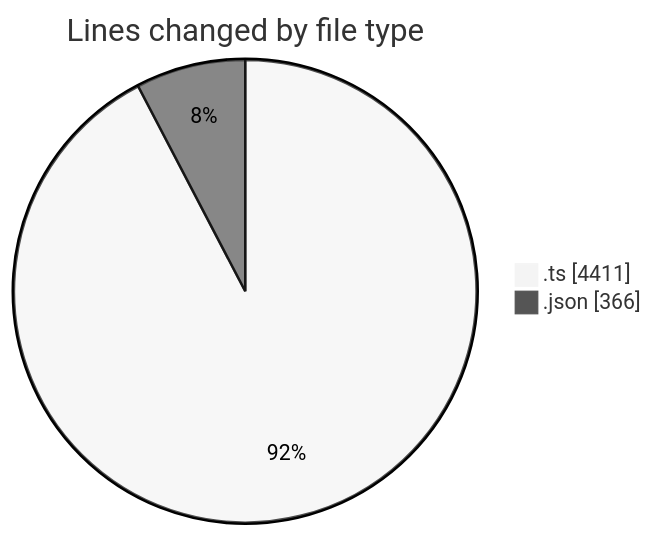
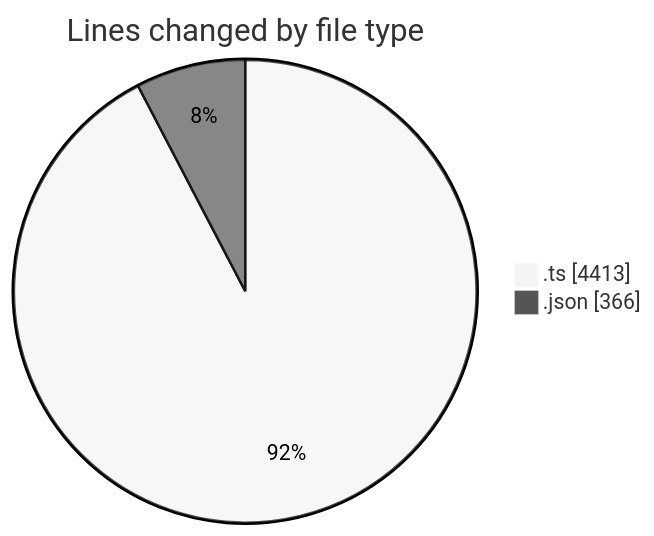
The first of 2 diagrams in 2025-10-27/cda/README.md (momahboobian/code-tracking), drawn with Mermaid (neutral theme) before and after one commit. The commit also changed other lines of this file and 1 other file, not shown here.

````diff
--- a/2025-10-27/cda/README.md
+++ b/2025-10-27/cda/README.md
@@ -26,6 +26,6 @@
 ```mermaid
 pie showData
 title Lines changed by file type
-".ts" : 4411
+".ts" : 4413
 ".json" : 366
 ```
````
